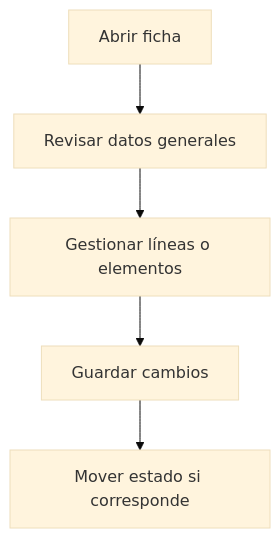
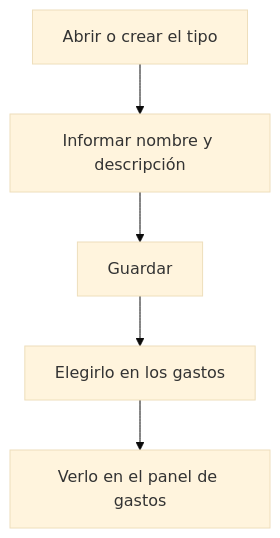
One commit to MGurtD/lilith changed the diagram in frontend/src/help/es/purchase/expensetype/detail.md. Above: the diagram before and after it, drawn with Mermaid (base theme). The commit also changed other lines of this file and 331 other files, not shown here.

````diff
--- a/frontend/src/help/es/purchase/expensetype/detail.md
+++ b/frontend/src/help/es/purchase/expensetype/detail.md
@@ -33,7 +34,7 @@
 ```mermaid
 flowchart TD
-    A[Abrir ficha] --> B[Revisar datos generales]
-    B --> C[Gestionar líneas o elementos]
-    C --> D[Guardar cambios]
-    D --> E[Mover estado si corresponde]
+    A[Abrir o crear el tipo] --> B[Informar nombre y descripción]
+    B --> C[Guardar]
+    C --> D[Elegirlo en los gastos]
+    D --> E[Verlo en el panel de gastos]
 ```
````
